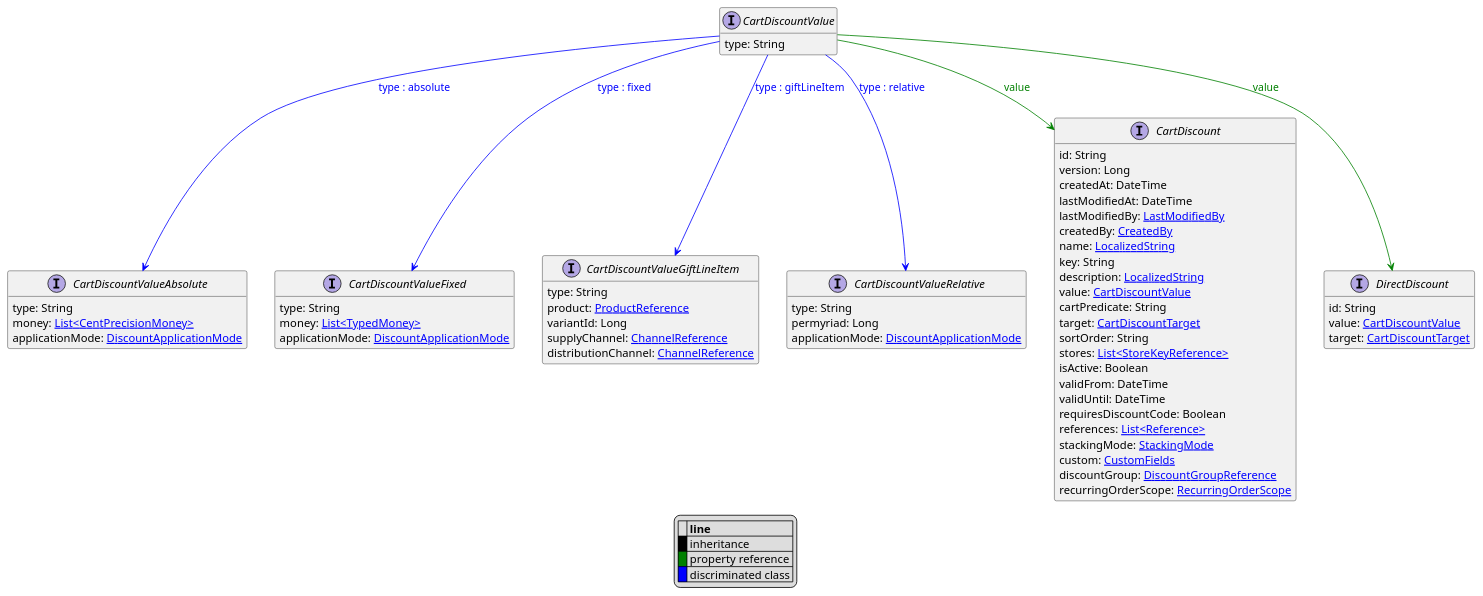
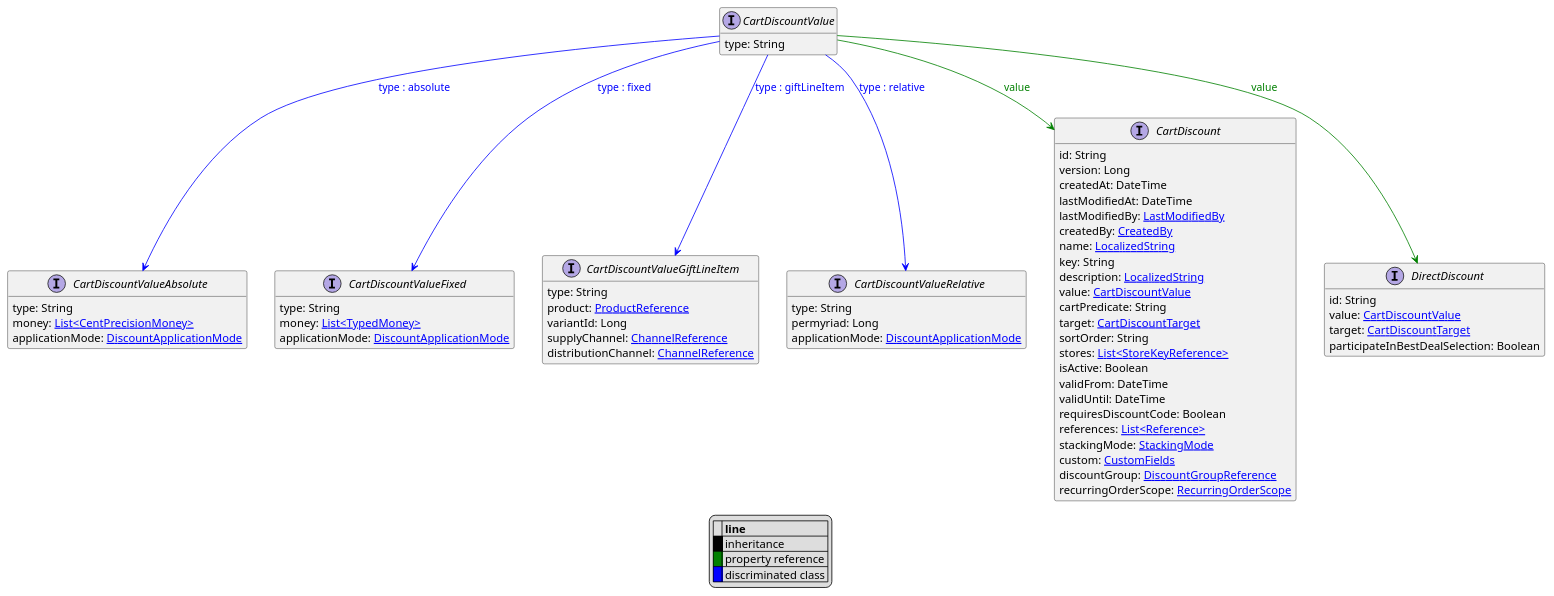
The diagram in uml/api/CartDiscountValue.puml (commercetools/commercetools-api-reference), drawn with PlantUML before and after one commit. The commit also changed 237 other files, not shown here.

```diff
--- a/uml/api/CartDiscountValue.puml
+++ b/uml/api/CartDiscountValue.puml
@@ -1,74 +1,75 @@
 @startuml
 
 hide empty fields
 hide empty methods
 legend
 |= |= line |
 |<back:black>   </back>| inheritance |
 |<back:green>   </back>| property reference |
 |<back:blue>   </back>| discriminated class |
 endlegend
 interface CartDiscountValue [[CartDiscountValue.svg]]  {
     type: String
 }
 
 
 interface CartDiscountValueAbsolute [[CartDiscountValueAbsolute.svg]]  {
     type: String
     money: [[CentPrecisionMoney.svg List<CentPrecisionMoney>]]
     applicationMode: [[DiscountApplicationMode.svg DiscountApplicationMode]]
 }
 interface CartDiscountValueFixed [[CartDiscountValueFixed.svg]]  {
     type: String
     money: [[TypedMoney.svg List<TypedMoney>]]
     applicationMode: [[DiscountApplicationMode.svg DiscountApplicationMode]]
 }
 interface CartDiscountValueGiftLineItem [[CartDiscountValueGiftLineItem.svg]]  {
     type: String
     product: [[ProductReference.svg ProductReference]]
     variantId: Long
     supplyChannel: [[ChannelReference.svg ChannelReference]]
     distributionChannel: [[ChannelReference.svg ChannelReference]]
 }
 interface CartDiscountValueRelative [[CartDiscountValueRelative.svg]]  {
     type: String
     permyriad: Long
     applicationMode: [[DiscountApplicationMode.svg DiscountApplicationMode]]
 }
 interface CartDiscount [[CartDiscount.svg]]  {
     id: String
     version: Long
     createdAt: DateTime
     lastModifiedAt: DateTime
     lastModifiedBy: [[LastModifiedBy.svg LastModifiedBy]]
     createdBy: [[CreatedBy.svg CreatedBy]]
     name: [[LocalizedString.svg LocalizedString]]
     key: String
     description: [[LocalizedString.svg LocalizedString]]
     value: [[CartDiscountValue.svg CartDiscountValue]]
     cartPredicate: String
     target: [[CartDiscountTarget.svg CartDiscountTarget]]
     sortOrder: String
     stores: [[StoreKeyReference.svg List<StoreKeyReference>]]
     isActive: Boolean
     validFrom: DateTime
     validUntil: DateTime
     requiresDiscountCode: Boolean
     references: [[Reference.svg List<Reference>]]
     stackingMode: [[StackingMode.svg StackingMode]]
     custom: [[CustomFields.svg CustomFields]]
     discountGroup: [[DiscountGroupReference.svg DiscountGroupReference]]
     recurringOrderScope: [[RecurringOrderScope.svg RecurringOrderScope]]
 }
 interface DirectDiscount [[DirectDiscount.svg]]  {
     id: String
     value: [[CartDiscountValue.svg CartDiscountValue]]
     target: [[CartDiscountTarget.svg CartDiscountTarget]]
+    participateInBestDealSelection: Boolean
 }
 CartDiscountValue --> CartDiscountValueAbsolute #blue;text:blue : "type : absolute"
 CartDiscountValue --> CartDiscountValueFixed #blue;text:blue : "type : fixed"
 CartDiscountValue --> CartDiscountValueGiftLineItem #blue;text:blue : "type : giftLineItem"
 CartDiscountValue --> CartDiscountValueRelative #blue;text:blue : "type : relative"
 CartDiscountValue --> CartDiscount #green;text:green : "value"
 CartDiscountValue --> DirectDiscount #green;text:green : "value"
 @enduml
```
